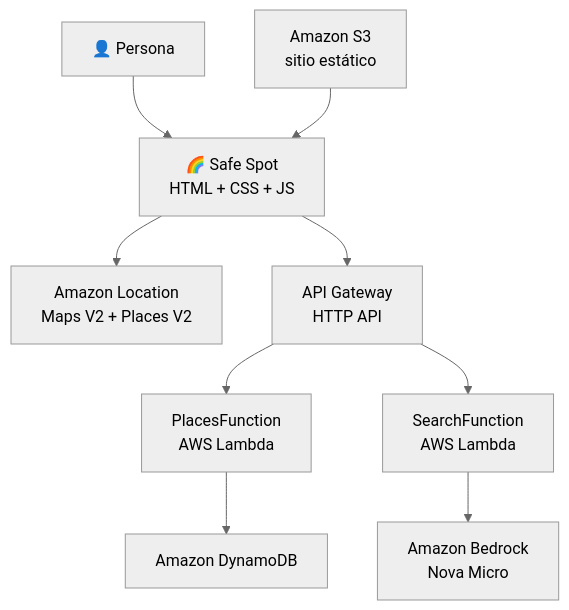
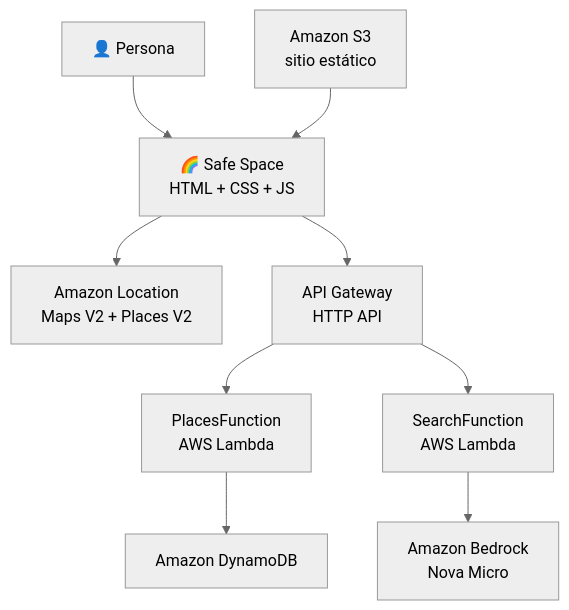
One commit to gmonie/awspectrum-safe-space changed the diagram in README.md. Above: the diagram before and after it, drawn with Mermaid (neutral theme). The commit also changed other lines of this file and 12 other files, not shown here.

First line of the commit message:
refactor: renombra el proyecto de Safe Spot a Safe Space

````diff
--- a/README.md
+++ b/README.md
@@ -49,11 +49,11 @@
 ```mermaid
 flowchart TB
-    U["👤 Persona"] --> F["🌈 Safe Spot<br>HTML + CSS + JS"]
+    U["👤 Persona"] --> F["🌈 Safe Space<br>HTML + CSS + JS"]
     S3["Amazon S3<br>sitio estático"] --> F
     F --> LOC["Amazon Location<br>Maps V2 + Places V2"]
     F --> API["API Gateway<br>HTTP API"]
     API --> PF["PlacesFunction<br>AWS Lambda"]
     API --> SF["SearchFunction<br>AWS Lambda"]
     PF --> DB["Amazon DynamoDB"]
     SF --> BR["Amazon Bedrock<br>Nova Micro"]
 ```
````
